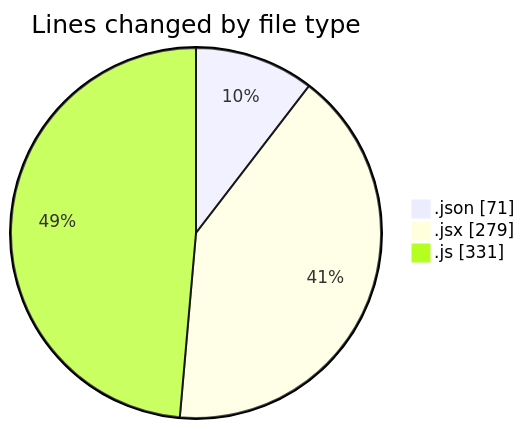
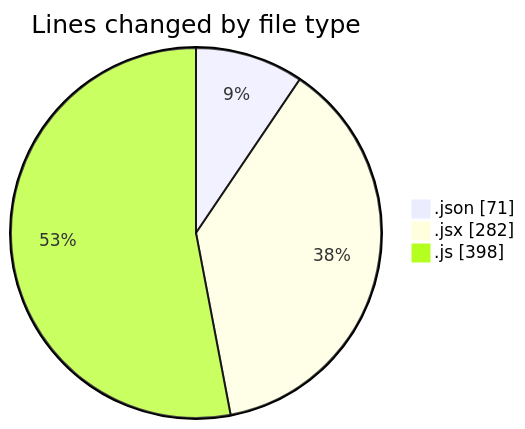
One commit to momahboobian/code-tracking changed the first of 2 diagrams in 2026-03-02/cda/README.md. Above: the diagram before and after it, drawn with Mermaid. The commit also changed other lines of this file and 1 other file, not shown here.

````diff
--- a/2026-03-02/cda/README.md
+++ b/2026-03-02/cda/README.md
@@ -22,7 +22,7 @@
 ```mermaid
 pie showData
 title Lines changed by file type
 ".json" : 71
-".jsx" : 279
-".js" : 331
+".jsx" : 282
+".js" : 398
 ```
````
